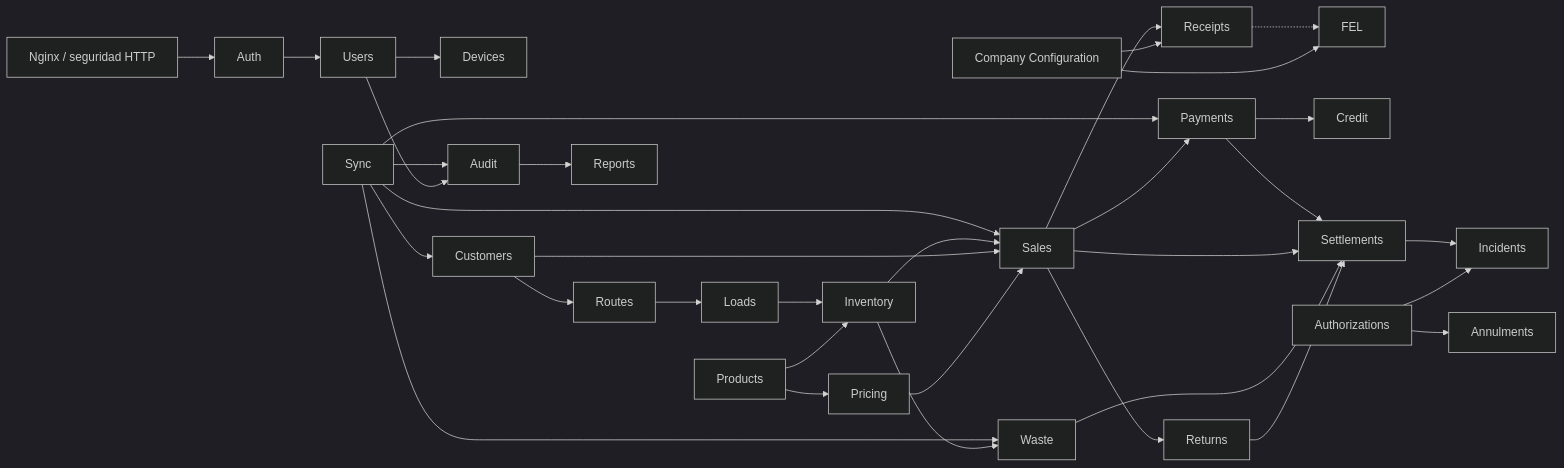
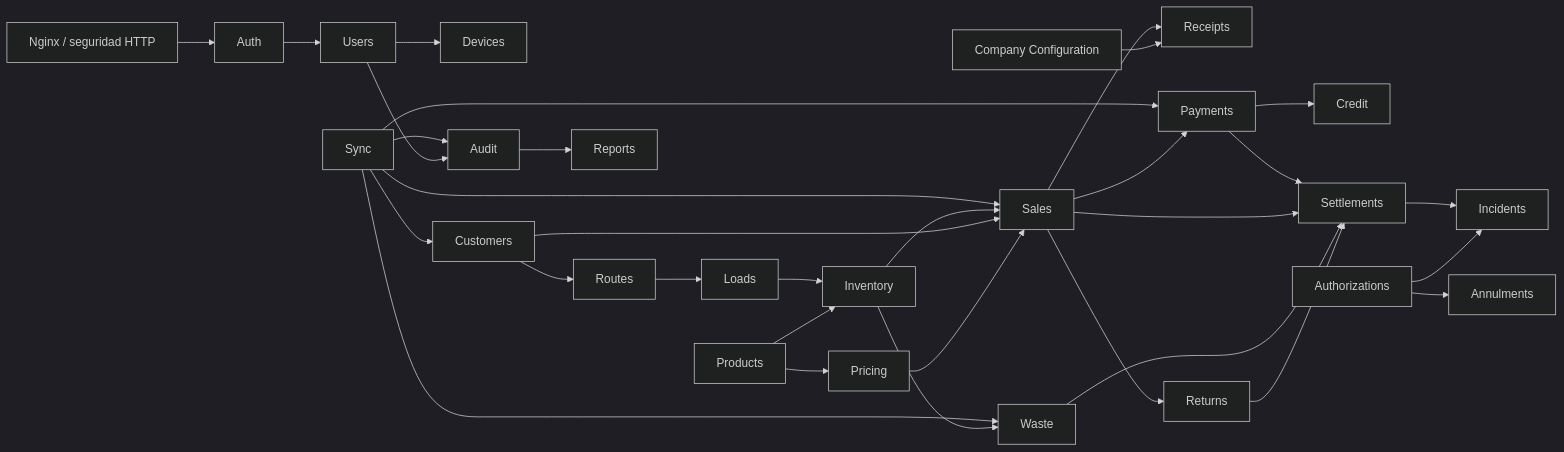
Before and after one commit to mchiroyl/purified-water-management: the diagram in diagrams/components/system-components.mmd, drawn with Mermaid (dark theme). The commit also changed 73 other files, not shown here.

```diff
--- a/diagrams/components/system-components.mmd
+++ b/diagrams/components/system-components.mmd
@@ -1,34 +1,32 @@
 flowchart LR
     Gateway["Nginx / seguridad HTTP"] --> Auth
     Auth --> Users
     Users --> Devices
     Company["Company Configuration"] --> Receipts
-    Company --> FEL
     Products --> Pricing
     Products --> Inventory
     Customers --> Routes
     Routes --> Loads
     Loads --> Inventory
     Pricing --> Sales
     Customers --> Sales
     Inventory --> Sales
     Sales --> Payments
     Payments --> Credit
     Sales --> Returns
     Inventory --> Waste
     Returns --> Settlements
     Waste --> Settlements
     Sales --> Settlements
     Payments --> Settlements
     Sync --> Customers
     Sync --> Sales
     Sync --> Payments
     Sync --> Waste
     Authorizations --> Incidents
     Authorizations --> Annulments
     Settlements --> Incidents
     Audit --> Reports
     Users --> Audit
     Sync --> Audit
     Sales --> Receipts
-    Receipts -.-> FEL
```
